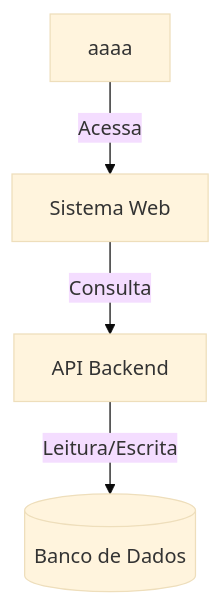
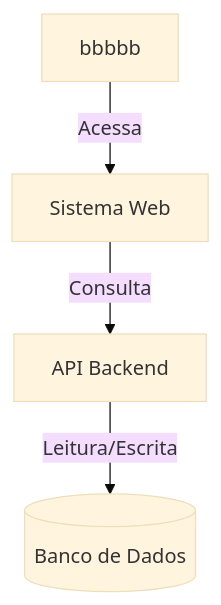
The diagram in arquitetura/diagramas/sistema.mmd (rafaelTsu/teste), drawn with Mermaid (base theme) before and after one commit.

```diff
--- a/arquitetura/diagramas/sistema.mmd
+++ b/arquitetura/diagramas/sistema.mmd
@@ -1,4 +1,4 @@
 graph TD
-    A[aaaa] -->|Acessa| B[Sistema Web]
+    A[bbbbb] -->|Acessa| B[Sistema Web]
     B -->|Consulta| C[API Backend]
     C -->|Leitura/Escrita| D[(Banco de Dados)]
```
